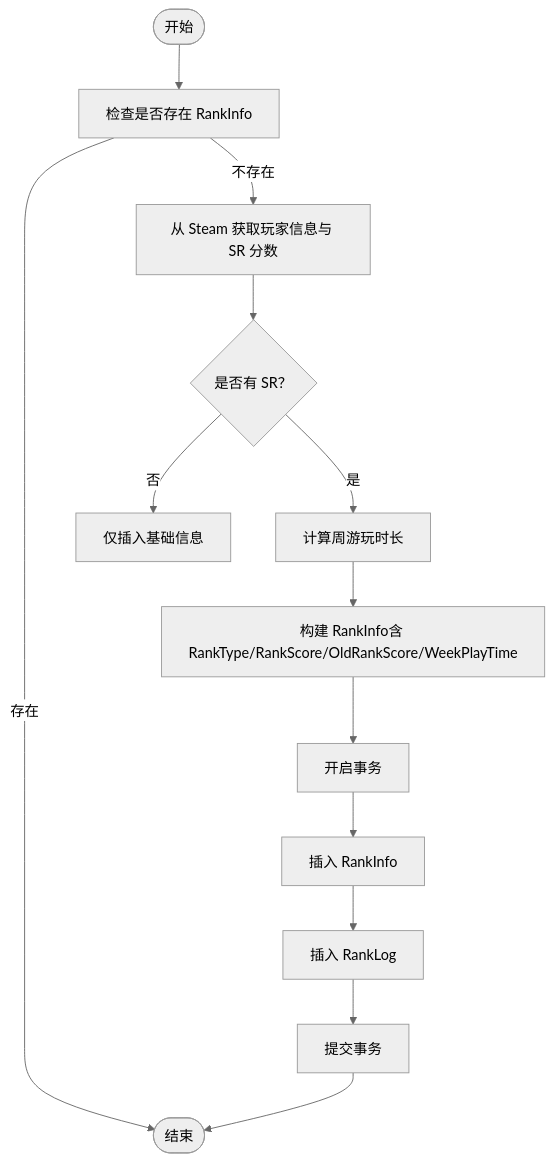
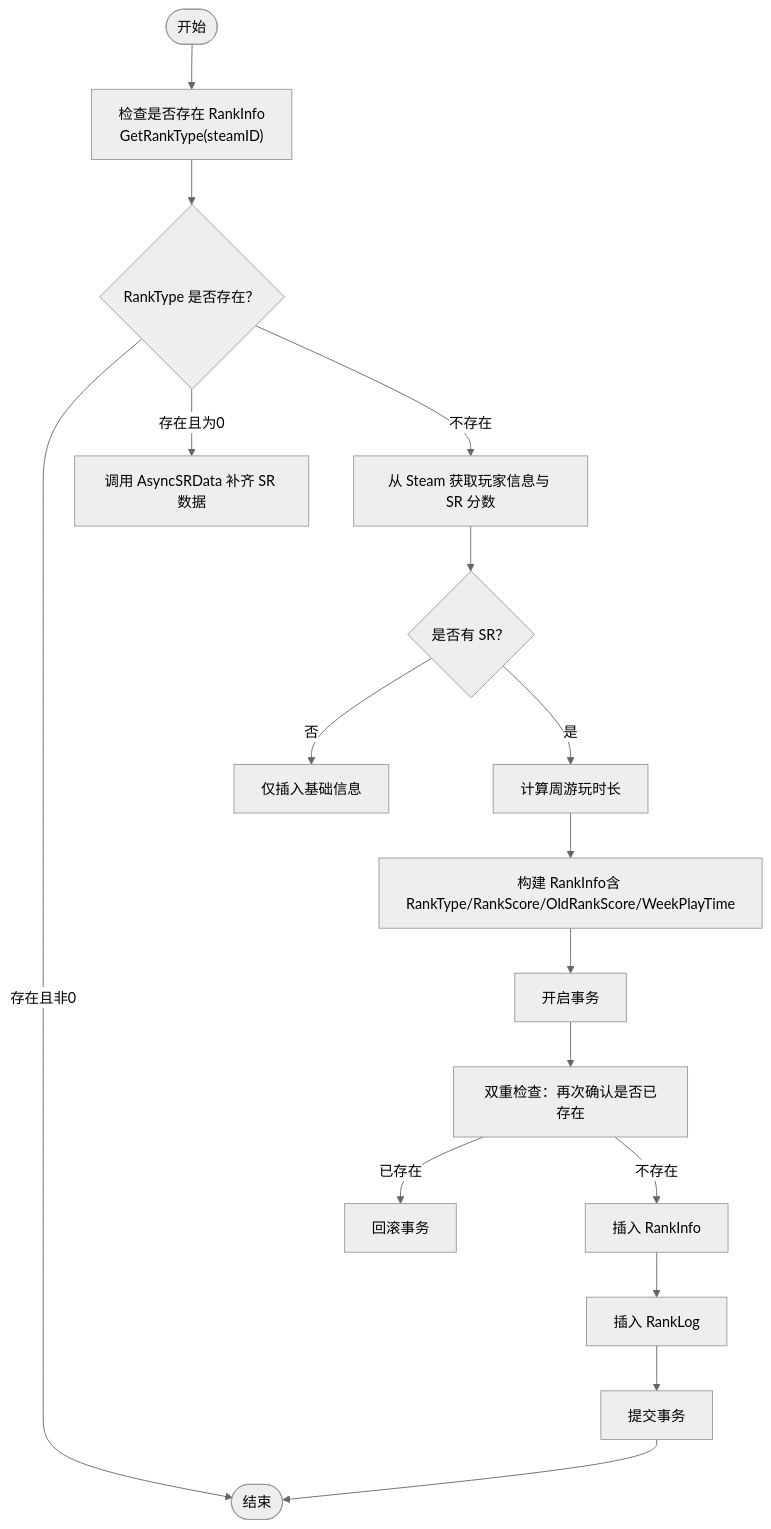
Before and after one commit to TinyMaD/SpeedRunnersLab: the fifth of 7 diagrams in .qoder/repowiki/zh/content/后端 API 服务/排名统计模块/排名统计模块.md, drawn with Mermaid (neutral theme). The commit also changed other lines of this file and 5 other files, not shown here.

````diff
--- a/.qoder/repowiki/zh/content/后端 API 服务/排名统计模块/排名统计模块.md
+++ b/.qoder/repowiki/zh/content/后端 API 服务/排名统计模块/排名统计模块.md
@@ -259,15 +268,19 @@
 ```mermaid
 flowchart TD
-Start(["开始"]) --> CheckExist["检查是否存在 RankInfo"]
-CheckExist --> |存在| End(["结束"])
-CheckExist --> |不存在| FetchSteam["从 Steam 获取玩家信息与 SR 分数"]
+Start(["开始"]) --> CheckRankType["检查是否存在 RankInfo<br/>GetRankType(steamID)"]
+CheckRankType --> HasRankType{"RankType 是否存在？"}
+HasRankType --> |存在且非0| End(["结束"])
+HasRankType --> |存在且为0| AsyncSR["调用 AsyncSRData 补齐 SR 数据"]
+HasRankType --> |不存在| FetchSteam["从 Steam 获取玩家信息与 SR 分数"]
 FetchSteam --> HasSR{"是否有 SR？"}
 HasSR --> |否| InsertBasic["仅插入基础信息"]
 HasSR --> |是| CalcWeek["计算周游玩时长"]
 CalcWeek --> BuildRankInfo["构建 RankInfo含 RankType/RankScore/OldRankScore/WeekPlayTime"]
 BuildRankInfo --> TxBegin["开启事务"]
-TxBegin --> AddRankInfo["插入 RankInfo"]
+TxBegin --> DoubleCheck["双重检查：再次确认是否已存在"]
+DoubleCheck --> |已存在| Rollback["回滚事务"]
+DoubleCheck --> |不存在| AddRankInfo["插入 RankInfo"]
 AddRankInfo --> AddRankLog["插入 RankLog"]
 AddRankLog --> Commit["提交事务"]
 Commit --> End
 ```
````
